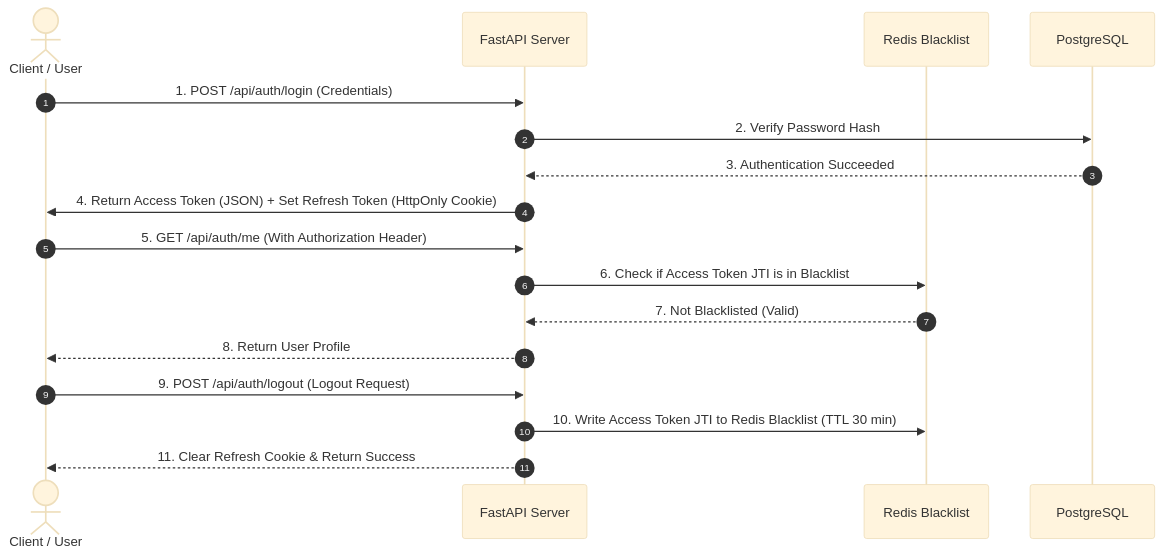
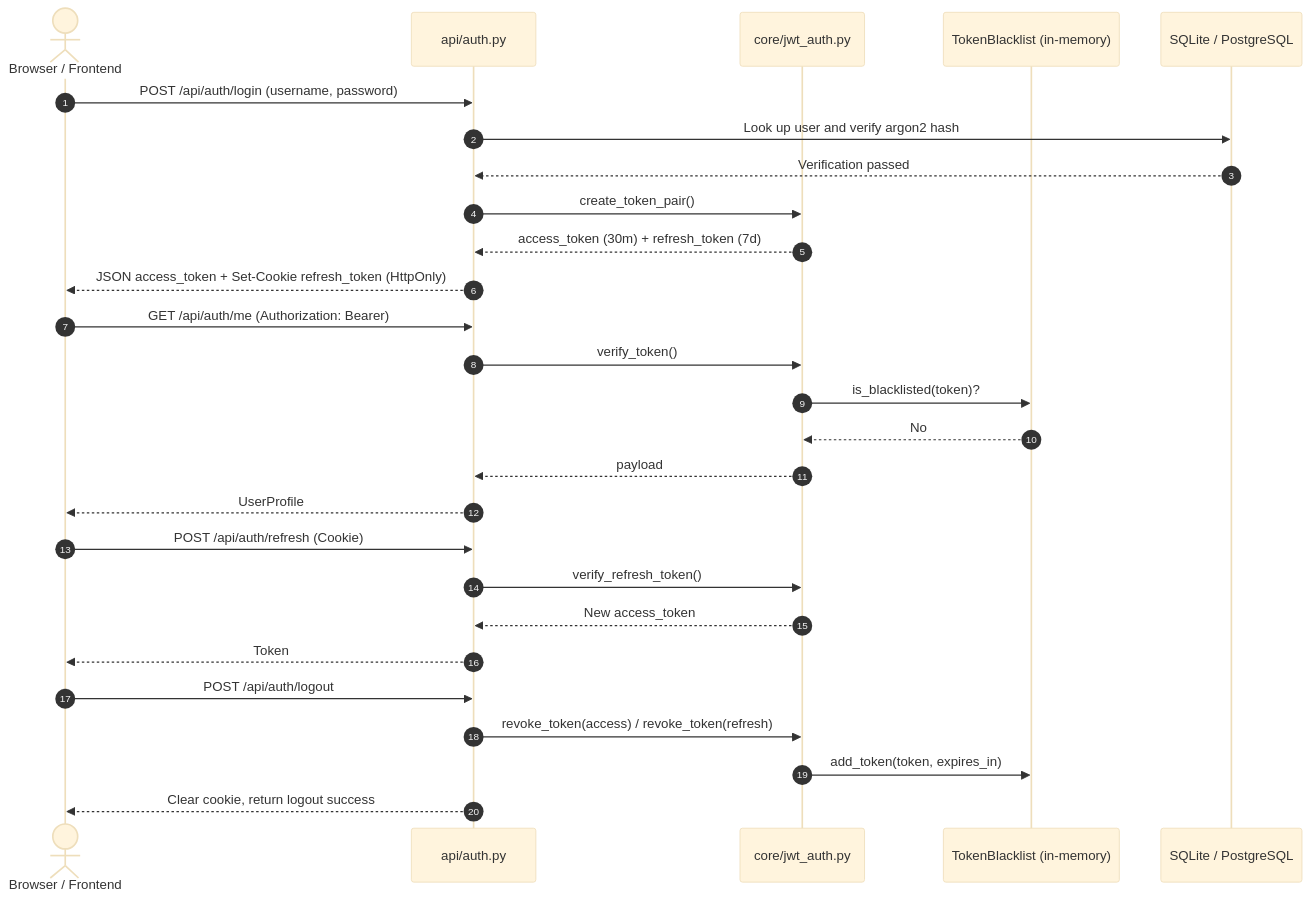
One commit to Scorpio-meow/AI-CB changed the third of 7 diagrams in docs/architecture_en.md. Above: the diagram before and after it, drawn with Mermaid (base theme). The commit also changed other lines of this file and 16 other files, not shown here.

First line of the commit message:
docs: 架構文件對齊 2.x 現況並新增 ADR-0002 路線圖與 CLAUDE.md

````diff
--- a/docs/architecture_en.md
+++ b/docs/architecture_en.md
@@ -88,22 +150,33 @@
 ```mermaid
 sequenceDiagram
     autonumber
-    actor User as Client / User
-    participant API as FastAPI Server
-    participant Redis as Redis Blacklist
-    participant DB as PostgreSQL
+    actor Browser as Browser / Frontend
+    participant Auth as api/auth.py
+    participant JWT as core/jwt_auth.py
+    participant BL as TokenBlacklist (in-memory)
+    participant DB as SQLite / PostgreSQL
 
-    User->>API: 1. POST /api/auth/login (Credentials)
-    API->>DB: 2. Verify Password Hash
-    DB-->>API: 3. Authentication Succeeded
-    API->>User: 4. Return Access Token (JSON) + Set Refresh Token (HttpOnly Cookie)
+    Browser->>Auth: POST /api/auth/login (username, password)
+    Auth->>DB: Look up user and verify argon2 hash
+    DB-->>Auth: Verification passed
+    Auth->>JWT: create_token_pair()
+    JWT-->>Auth: access_token (30m) + refresh_token (7d)
+    Auth-->>Browser: JSON access_token + Set-Cookie refresh_token (HttpOnly)
 
-    User->>API: 5. GET /api/auth/me (With Authorization Header)
-    API->>Redis: 6. Check if Access Token JTI is in Blacklist
-    Redis-->>API: 7. Not Blacklisted (Valid)
-    API-->>User: 8. Return User Profile
+    Browser->>Auth: GET /api/auth/me (Authorization: Bearer)
+    Auth->>JWT: verify_token()
+    JWT->>BL: is_blacklisted(token)?
+    BL-->>JWT: No
+    JWT-->>Auth: payload
+    Auth-->>Browser: UserProfile
 
-    User->>API: 9. POST /api/auth/logout (Logout Request)
-    API->>Redis: 10. Write Access Token JTI to Redis Blacklist (TTL 30 min)
-    API-->>User: 11. Clear Refresh Cookie & Return Success
+    Browser->>Auth: POST /api/auth/refresh (Cookie)
+    Auth->>JWT: verify_refresh_token()
+    JWT-->>Auth: New access_token
+    Auth-->>Browser: Token
+
+    Browser->>Auth: POST /api/auth/logout
+    Auth->>JWT: revoke_token(access) / revoke_token(refresh)
+    JWT->>BL: add_token(token, expires_in)
+    Auth-->>Browser: Clear cookie, return logout success
 ```
````
